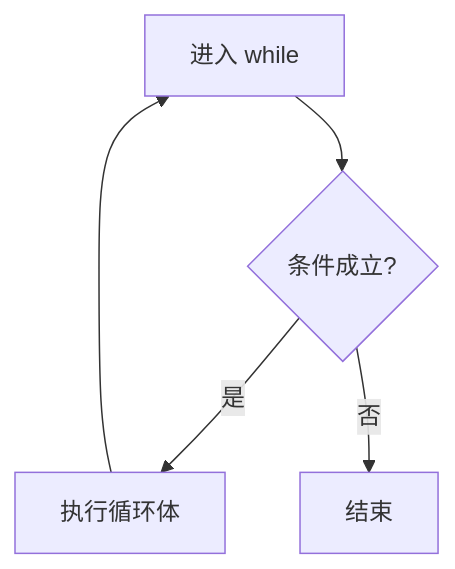
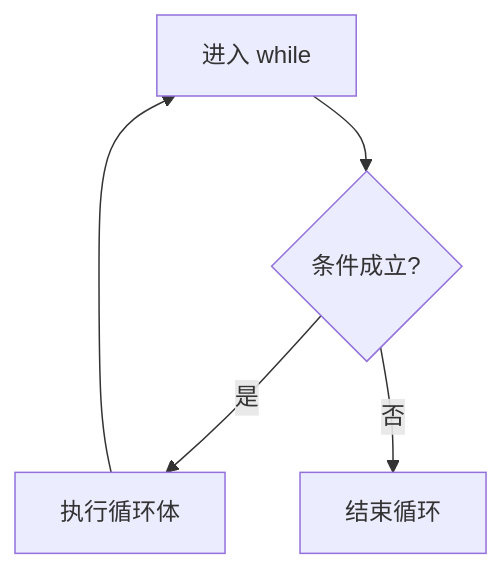
One commit to shanchuann/TheGitbookLibrary changed the fourth of 5 diagrams in C语言圣经/control-flow.md. Above: the diagram before and after it, drawn with Mermaid. The commit also changed other lines of this file and 8 other files, not shown here.

````diff
--- a/C语言圣经/control-flow.md
+++ b/C语言圣经/control-flow.md
@@ -301,7 +648,7 @@
 ```mermaid
 flowchart TD
-    A[进入 while] --> B{条件成立?}
-    B -- 是 --> C[执行循环体]
+    A["进入 while"] --> B{"条件成立?"}
+    B -- "是" --> C["执行循环体"]
     C --> A
-    B -- 否 --> D[结束]
+    B -- "否" --> D["结束循环"]
 ```
````
